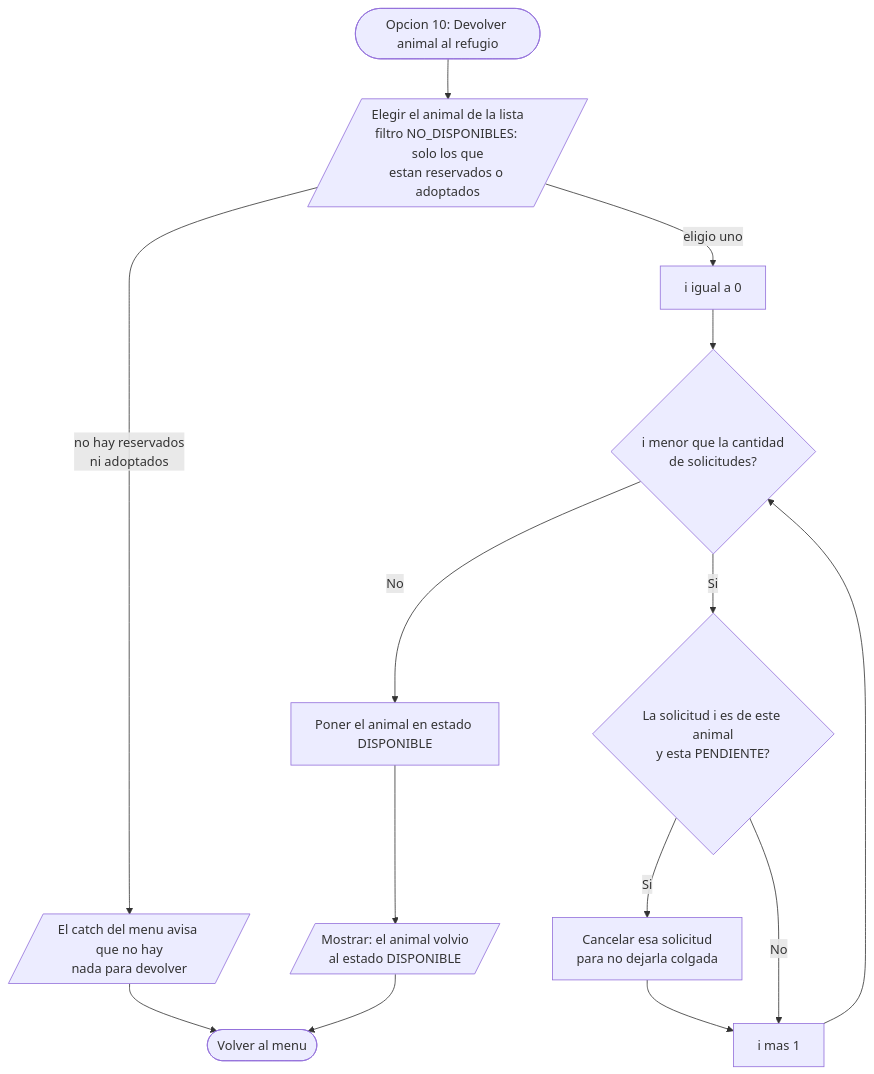
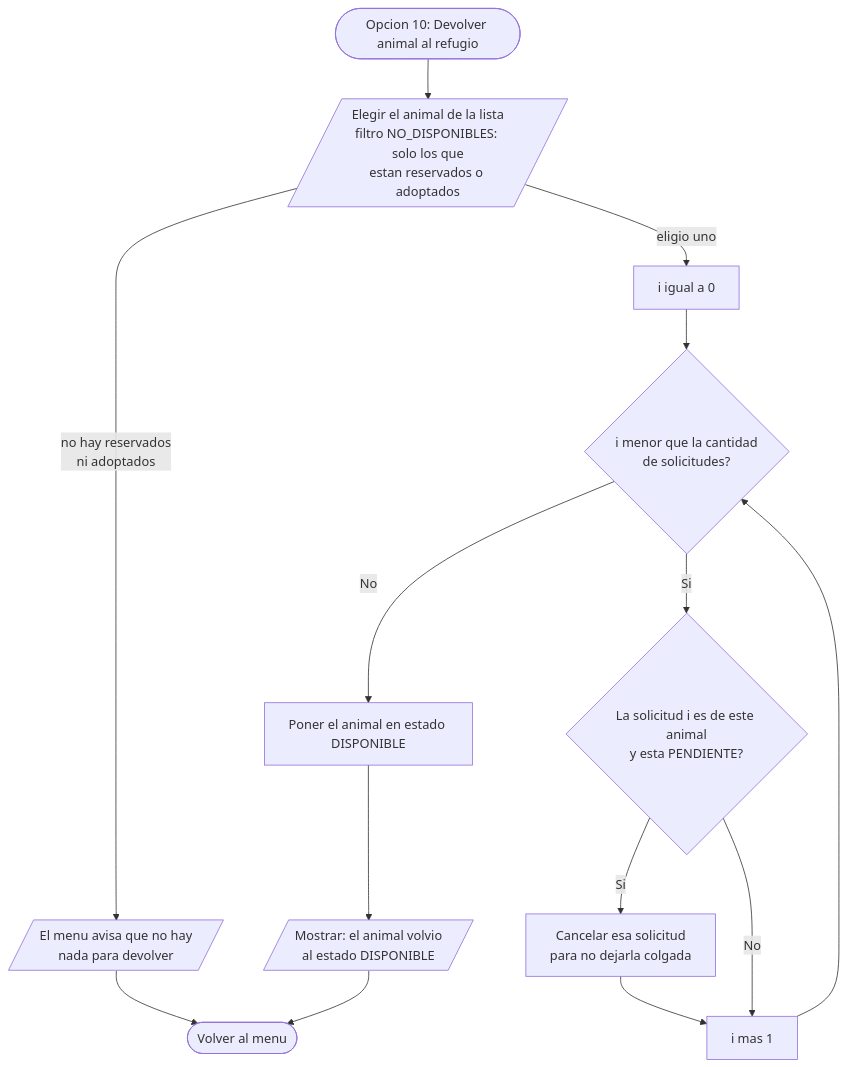
Before and after one commit to tobiastardivo/REFUGIO: diagram 13 of 18 in DIAGRAMAS.md, drawn with Mermaid. The commit also changed other lines of this file and 7 other files, not shown here.

````diff
--- a/DIAGRAMAS.md
+++ b/DIAGRAMAS.md
@@ -432,23 +442,23 @@
 ```mermaid
 flowchart TD
     INI(["Opcion 10: Devolver animal al refugio"])
     ELIGE[/"Elegir el animal de la lista<br/>filtro NO_DISPONIBLES: solo los que<br/>estan reservados o adoptados"/]
     I["i igual a 0"]
     COND{"i menor que la cantidad<br/>de solicitudes?"}
     MATCH{"La solicitud i es de este animal<br/>y esta PENDIENTE?"}
     CANC["Cancelar esa solicitud<br/>para no dejarla colgada"]
     INC["i mas 1"]
     DISP["Poner el animal en estado DISPONIBLE"]
     OK[/"Mostrar: el animal volvio<br/>al estado DISPONIBLE"/]
-    CATCH[/"El catch del menu avisa que no hay<br/>nada para devolver"/]
+    CATCH[/"El menu avisa que no hay<br/>nada para devolver"/]
     FIN(["Volver al menu"])
 
     INI --> ELIGE
     ELIGE -->|"no hay reservados<br/>ni adoptados"| CATCH --> FIN
     ELIGE -->|"eligio uno"| I --> COND
     COND -->|"Si"| MATCH
     MATCH -->|"Si"| CANC --> INC
     MATCH -->|"No"| INC
     INC --> COND
     COND -->|"No"| DISP --> OK --> FIN
 ```
````
